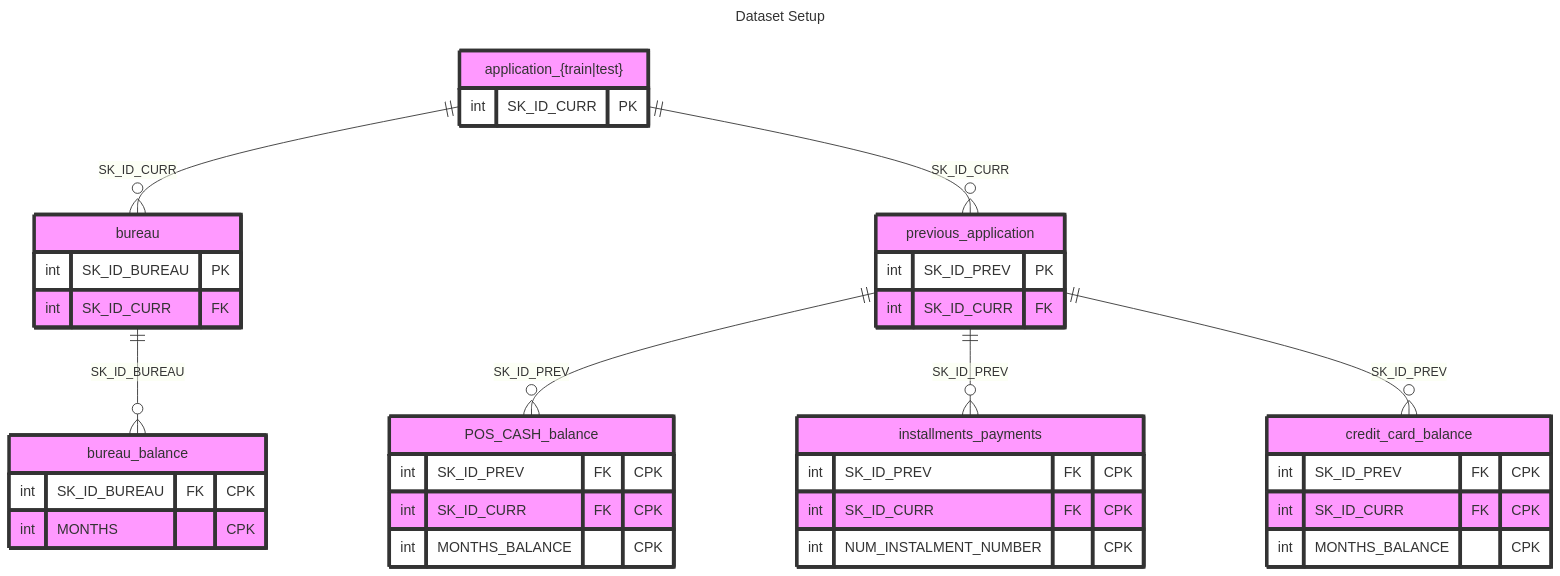
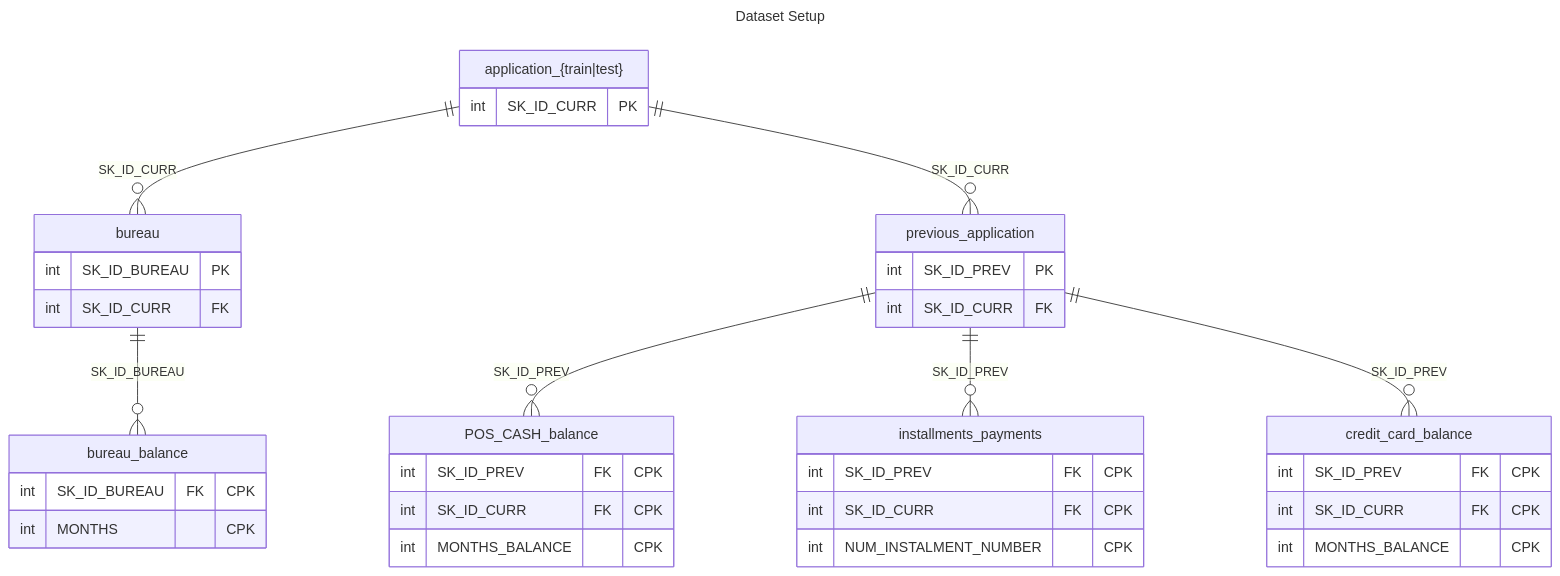
One commit to bkusuma/home-credit-default-risk changed the diagram in README.md. Above: the diagram before and after it, drawn with Mermaid.

````diff
--- a/README.md
+++ b/README.md
@@ -44,46 +44,43 @@
 ```mermaid
 ---
 title: Dataset Setup
 ---
-
 erDiagram
     "application_{train|test}" {
         int SK_ID_CURR PK
     }
     bureau {
         int SK_ID_BUREAU PK
         int SK_ID_CURR FK
     }
     previous_application {
         int SK_ID_PREV PK
         int SK_ID_CURR FK
     }
     bureau_balance {
         int SK_ID_BUREAU FK "CPK"
         int MONTHS "CPK"
     }
     POS_CASH_balance {
         int SK_ID_PREV FK "CPK"
         int SK_ID_CURR FK "CPK"
         int MONTHS_BALANCE "CPK"
     }
     installments_payments {
         int SK_ID_PREV FK "CPK"
         int SK_ID_CURR FK "CPK"
         int NUM_INSTALMENT_NUMBER "CPK"
     }
     credit_card_balance {
         int SK_ID_PREV FK "CPK"
         int SK_ID_CURR FK "CPK" 
         int MONTHS_BALANCE "CPK"
     }
 
     "application_{train|test}" ||--o{ bureau : "SK_ID_CURR"
     "application_{train|test}" ||--o{ previous_application : "SK_ID_CURR"
     bureau ||--o{ bureau_balance : "SK_ID_BUREAU"
     previous_application ||--o{ POS_CASH_balance: "SK_ID_PREV"
     previous_application ||--o{ installments_payments : "SK_ID_PREV"
     previous_application ||--o{ credit_card_balance : "SK_ID_PREV"
-
-    classDef default fill:#f9f,stroke:#333,stroke-width:4px;
 ```
````
